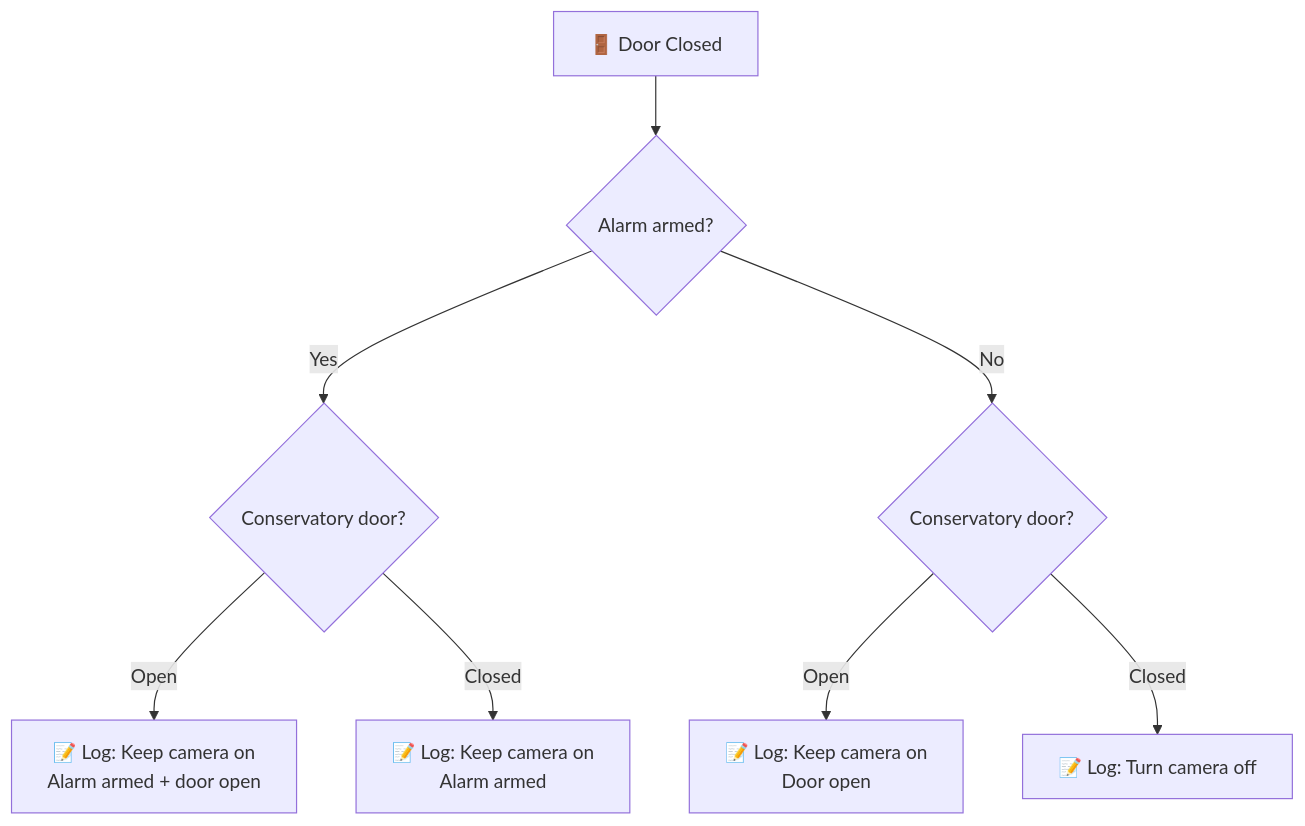
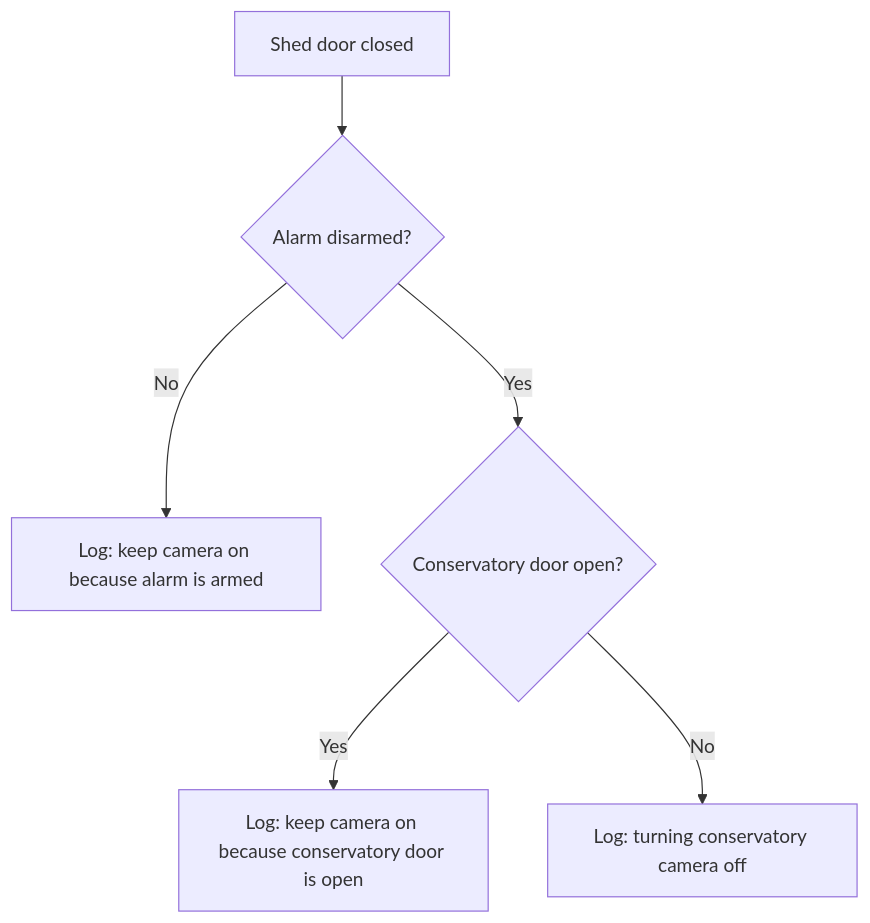
One commit to dannytsang/homeassistant-config changed the second of 2 diagrams in packages/rooms/back_garden_README.md. Above: the diagram before and after it, drawn with Mermaid. The commit also changed other lines of this file and 60 other files, not shown here.

````diff
--- a/packages/rooms/back_garden_README.md
+++ b/packages/rooms/back_garden_README.md
@@ -94,10 +60,8 @@
 ```mermaid
 flowchart TD
-    A["🚪 Door Closed"] --> B{"Alarm armed?"}
-    B -->|Yes| C{"Conservatory door?"}
-    C -->|Open| D["📝 Log: Keep camera on<br/>Alarm armed + door open"]
-    C -->|Closed| E["📝 Log: Keep camera on<br/>Alarm armed"]
-    B -->|No| F{"Conservatory door?"}
-    F -->|Open| G["📝 Log: Keep camera on<br/>Door open"]
-    F -->|Closed| H["📝 Log: Turn camera off"]
+    Closed[Shed door closed] --> Armed{Alarm disarmed?}
+    Armed -->|No| KeepAlarm[Log: keep camera on because alarm is armed]
+    Armed -->|Yes| Conservatory{Conservatory door open?}
+    Conservatory -->|Yes| KeepDoor[Log: keep camera on because conservatory door is open]
+    Conservatory -->|No| CanOff[Log: turning conservatory camera off]
 ```
````
